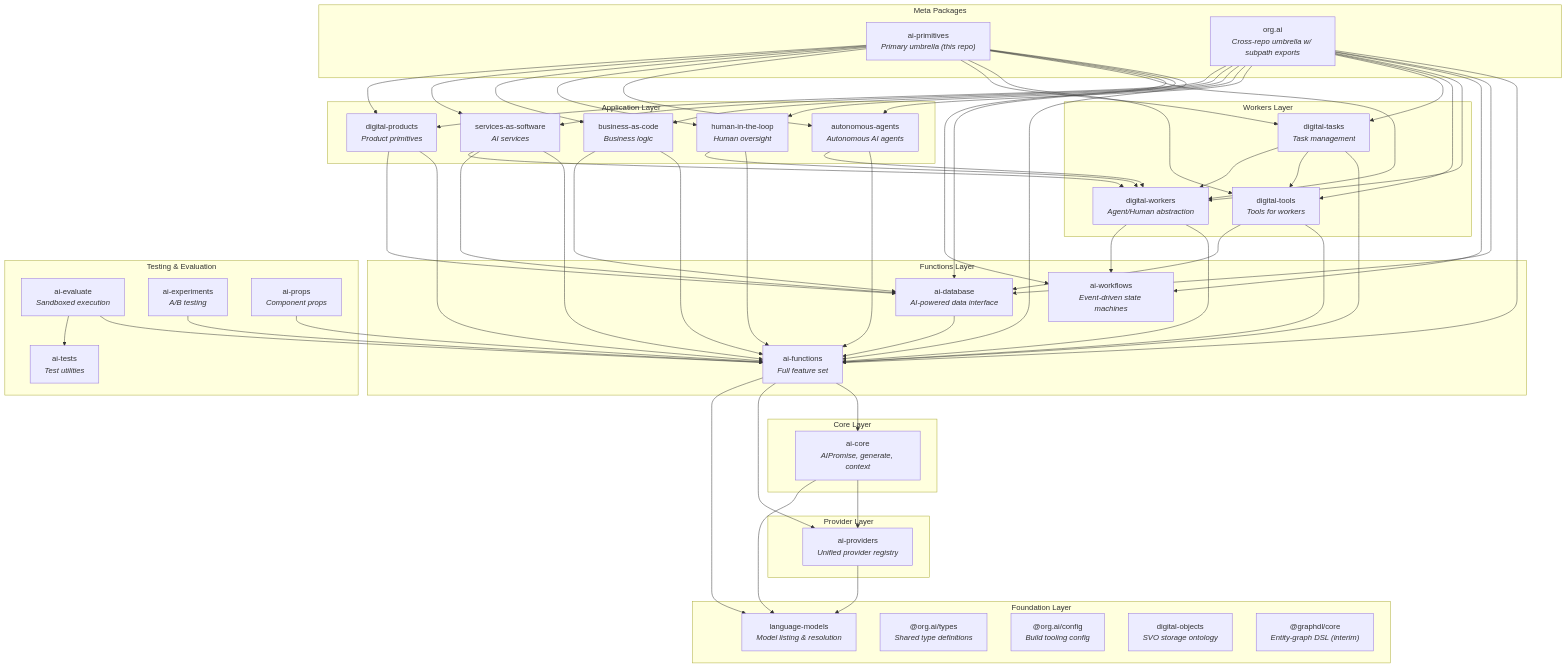
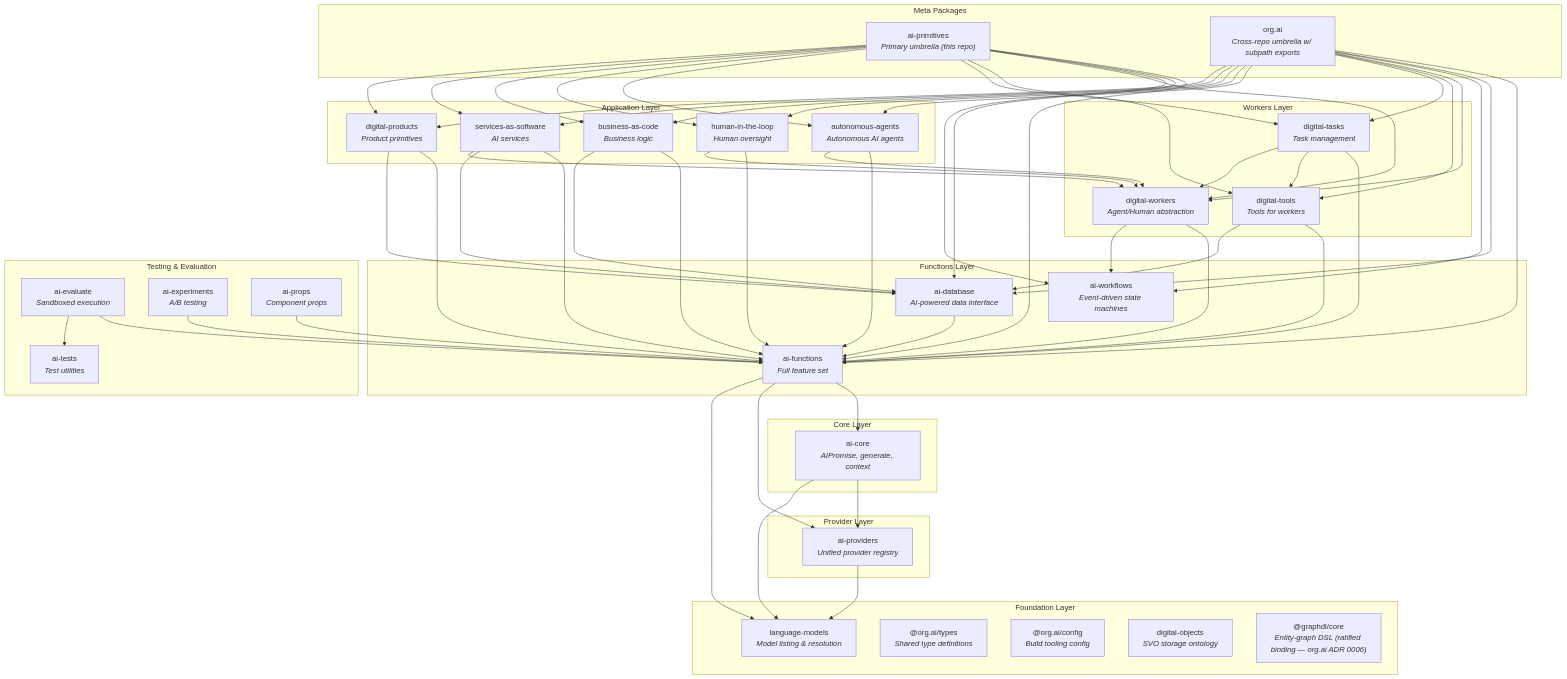
One commit to dot-org-ai/primitives.org.ai changed the diagram in ARCHITECTURE.md. Above: the diagram before and after it, drawn with Mermaid. The commit also changed other lines of this file, not shown here.

Commit message:
docs(architecture): @graphdl/core is the ratified graph-substrate binding, not interim — org.ai ADR 0006
The parser dedupe SG-5 called for already shipped in 6088ae2 (2026-01-30):
ai-database consumes @graphdl/core for parseOperator, linguistics,
dependency-graph, and Verb/Noun/TypeMeta types; no private operator
grammar remains. This fixes the one surviving contradiction: the
'(interim)' label on graphdl in ARCHITECTURE.md, which conflicts with
org.ai ADR 0006's permanent binding (ratified 2026-07-18).

```diff
--- a/ARCHITECTURE.md
+++ b/ARCHITECTURE.md
@@ -22,7 +22,7 @@
         types["@org.ai/types<br/><i>Shared type definitions</i>"]
         config["@org.ai/config<br/><i>Build tooling config</i>"]
         digital-objects["digital-objects<br/><i>SVO storage ontology</i>"]
-        graphdl["@graphdl/core<br/><i>Entity-graph DSL (interim)</i>"]
+        graphdl["@graphdl/core<br/><i>Entity-graph DSL (ratified binding — org.ai ADR 0006)</i>"]
     end
 
     subgraph "Provider Layer"
```
